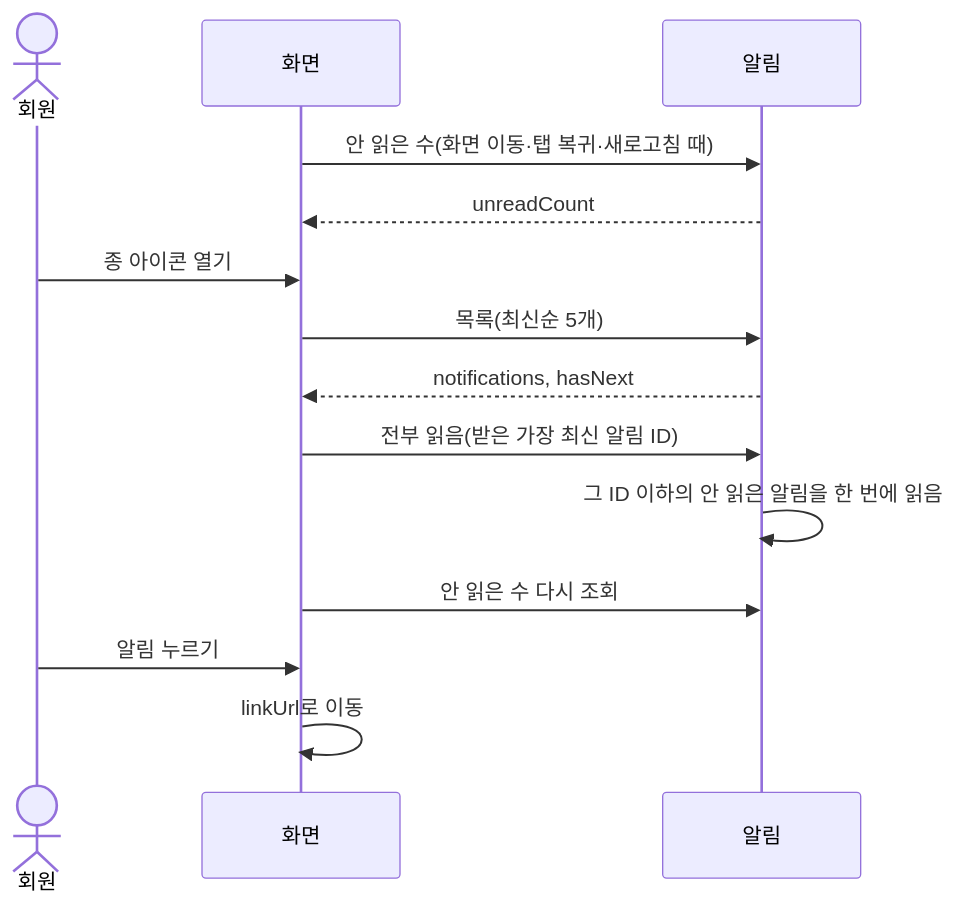
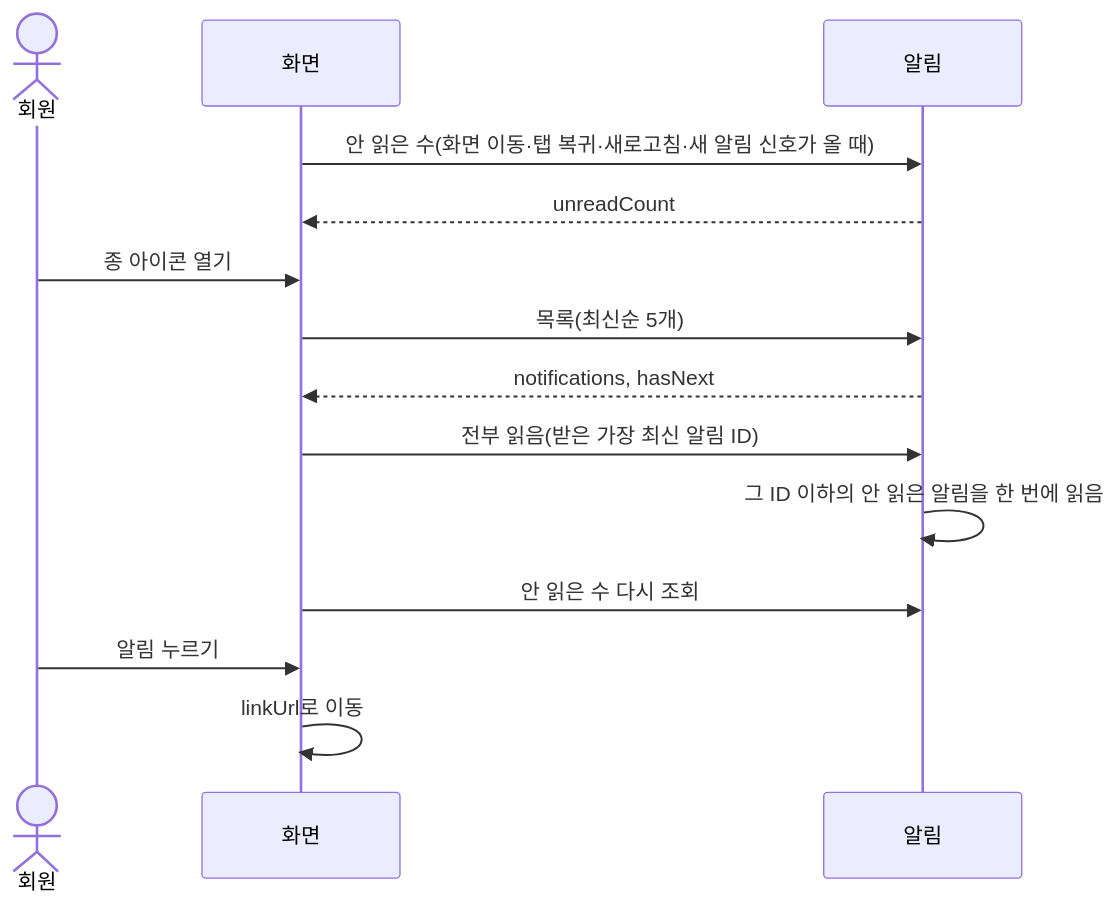
Before and after one commit to sparta-final-4/take-care-of-my-fridge: the third of 3 diagrams in docs/architecture/domains/notification.md, drawn with Mermaid. The commit also changed other lines of this file, not shown here.

````diff
--- a/docs/architecture/domains/notification.md
+++ b/docs/architecture/domains/notification.md
@@ -58,16 +77,16 @@
 ```mermaid
 sequenceDiagram
     actor 회원
     participant 화면
     participant 알림
-    화면->>알림: 안 읽은 수(화면 이동·탭 복귀·새로고침 때)
+    화면->>알림: 안 읽은 수(화면 이동·탭 복귀·새로고침·새 알림 신호가 올 때)
     알림-->>화면: unreadCount
     회원->>화면: 종 아이콘 열기
     화면->>알림: 목록(최신순 5개)
     알림-->>화면: notifications, hasNext
     화면->>알림: 전부 읽음(받은 가장 최신 알림 ID)
     알림->>알림: 그 ID 이하의 안 읽은 알림을 한 번에 읽음
     화면->>알림: 안 읽은 수 다시 조회
     회원->>화면: 알림 누르기
     화면->>화면: linkUrl로 이동
 ```
````
